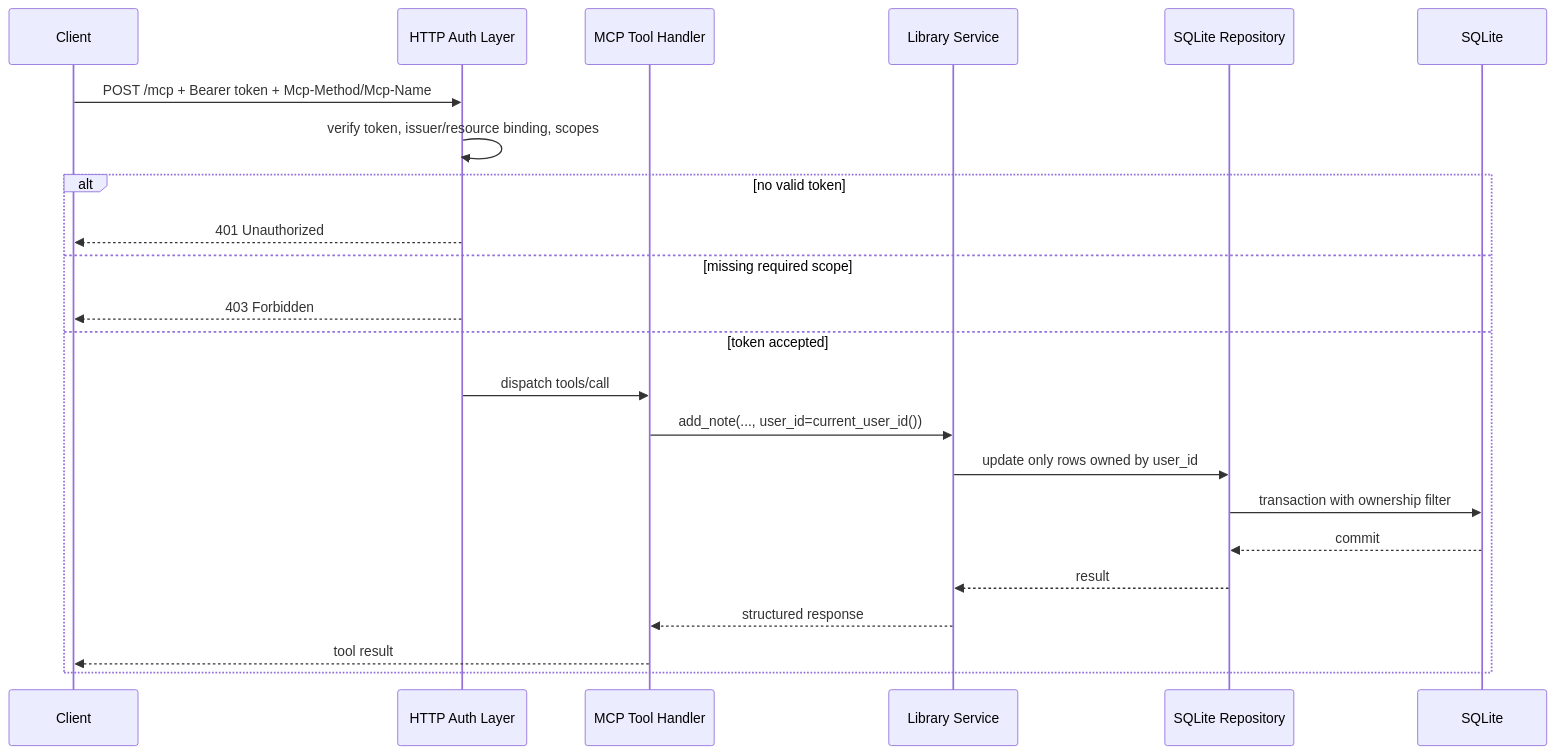
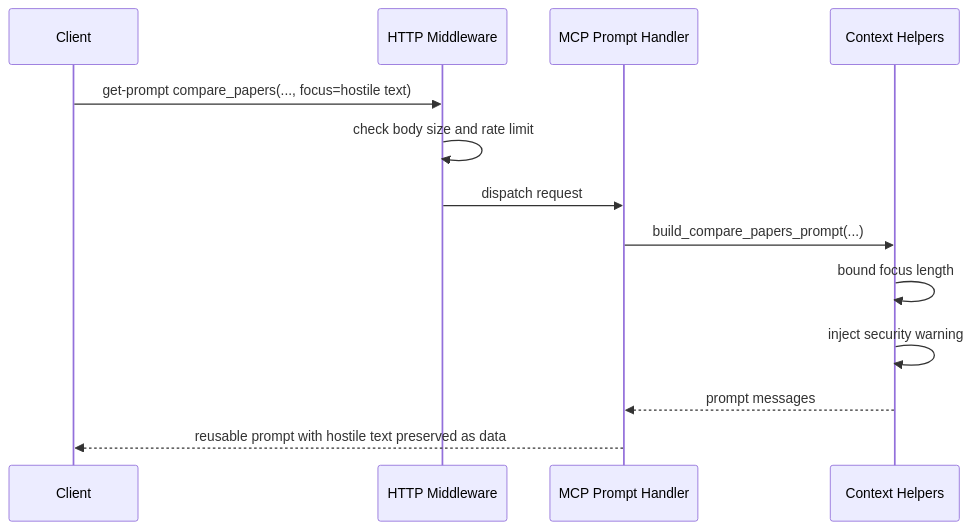
One commit to Kaushik-2005/MCP changed the third of 3 diagrams in docs/design.md. Above: the diagram before and after it, drawn with Mermaid. The commit also changed other lines of this file and 12 other files, not shown here.

Commit message:
feat: add MCP security and documentation

````diff
--- a/docs/design.md
+++ b/docs/design.md
@@ -606,26 +293,16 @@
 ```mermaid
 sequenceDiagram
     participant Client
-    participant Auth as HTTP Auth Layer
-    participant MCP as MCP Tool Handler
-    participant Service as Library Service
-    participant Repo as SQLite Repository
-    participant DB as SQLite
+    participant HTTP as HTTP Middleware
+    participant MCP as MCP Prompt Handler
+    participant Context as Context Helpers
 
-    Client->>Auth: POST /mcp + Bearer token + Mcp-Method/Mcp-Name
-    Auth->>Auth: verify token, issuer/resource binding, scopes
-    alt no valid token
-        Auth-->>Client: 401 Unauthorized
-    else missing required scope
-        Auth-->>Client: 403 Forbidden
-    else token accepted
-        Auth->>MCP: dispatch tools/call
-        MCP->>Service: add_note(..., user_id=current_user_id())
-        Service->>Repo: update only rows owned by user_id
-        Repo->>DB: transaction with ownership filter
-        DB-->>Repo: commit
-        Repo-->>Service: result
-        Service-->>MCP: structured response
-        MCP-->>Client: tool result
-    end
+    Client->>HTTP: get-prompt compare_papers(..., focus=hostile text)
+    HTTP->>HTTP: check body size and rate limit
+    HTTP->>MCP: dispatch request
+    MCP->>Context: build_compare_papers_prompt(...)
+    Context->>Context: bound focus length
+    Context->>Context: inject security warning
+    Context-->>MCP: prompt messages
+    MCP-->>Client: reusable prompt with hostile text preserved as data
 ```
````
